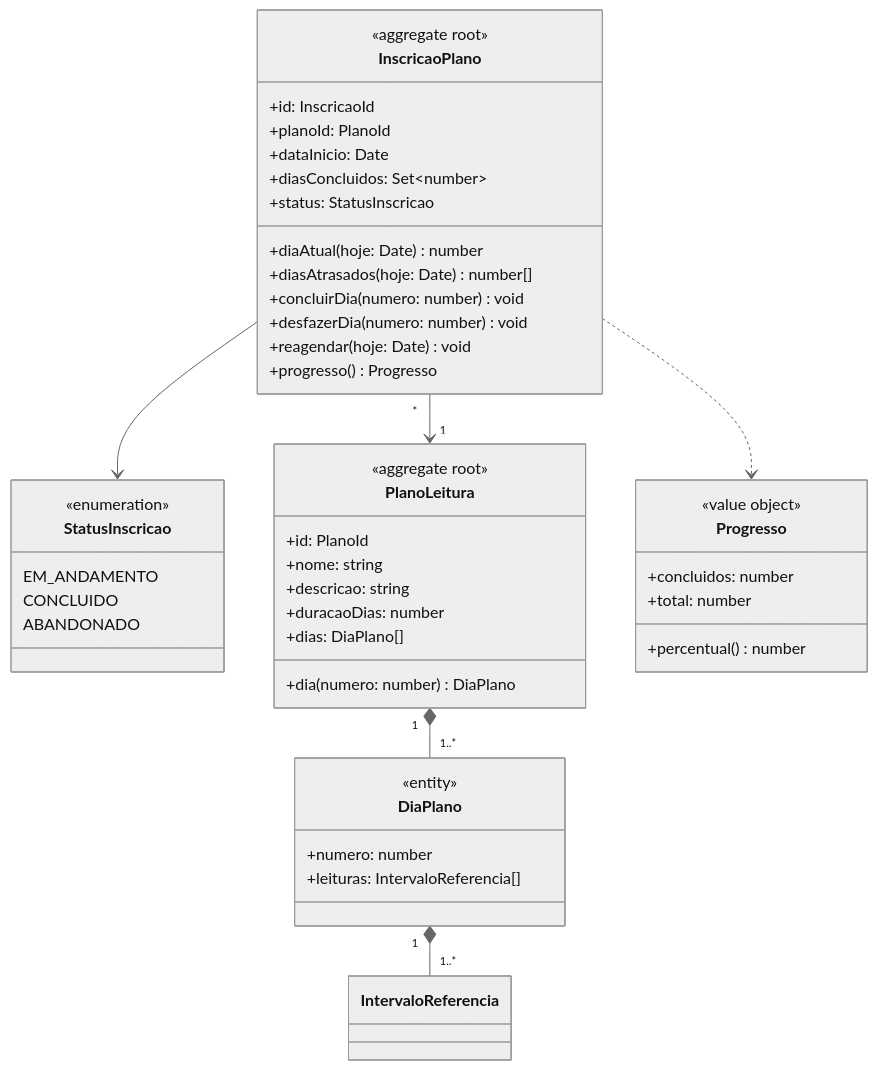
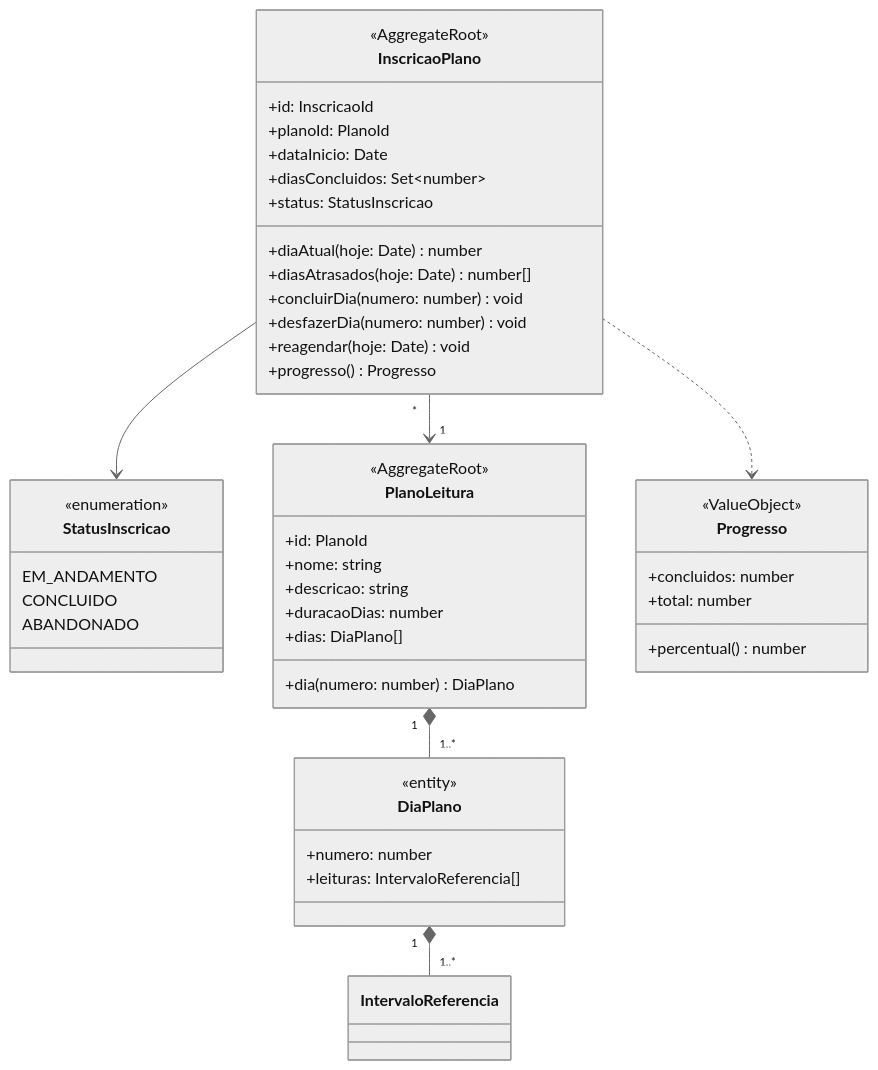
Before and after one commit to edioilha/biblia-app: the fourth of 6 diagrams in docs/04-modelo-dominio.md, drawn with Mermaid (neutral theme). The commit also changed other lines of this file, not shown here.

First line of the commit message:
fix(docs): corrige estereótipos Mermaid no modelo de domínio

````diff
--- a/docs/04-modelo-dominio.md
+++ b/docs/04-modelo-dominio.md
@@ -284,55 +284,55 @@
 ```mermaid
 classDiagram
     direction TB
 
     class StatusInscricao {
         <<enumeration>>
         EM_ANDAMENTO
         CONCLUIDO
         ABANDONADO
     }
 
     class PlanoLeitura {
-        <<aggregate root>>
+        <<AggregateRoot>>
         +id: PlanoId
         +nome: string
         +descricao: string
         +duracaoDias: number
         +dias: DiaPlano[]
         +dia(numero: number) DiaPlano
     }
 
     class DiaPlano {
         <<entity>>
         +numero: number
         +leituras: IntervaloReferencia[]
     }
 
     class InscricaoPlano {
-        <<aggregate root>>
+        <<AggregateRoot>>
         +id: InscricaoId
         +planoId: PlanoId
         +dataInicio: Date
         +diasConcluidos: Set~number~
         +status: StatusInscricao
         +diaAtual(hoje: Date) number
         +diasAtrasados(hoje: Date) number[]
         +concluirDia(numero: number) void
         +desfazerDia(numero: number) void
         +reagendar(hoje: Date) void
         +progresso() Progresso
     }
 
     class Progresso {
-        <<value object>>
+        <<ValueObject>>
         +concluidos: number
         +total: number
         +percentual() number
     }
 
     PlanoLeitura "1" *-- "1..*" DiaPlano
     DiaPlano "1" *-- "1..*" IntervaloReferencia
     InscricaoPlano "*" --> "1" PlanoLeitura
     InscricaoPlano --> StatusInscricao
     InscricaoPlano ..> Progresso
 ```
````
